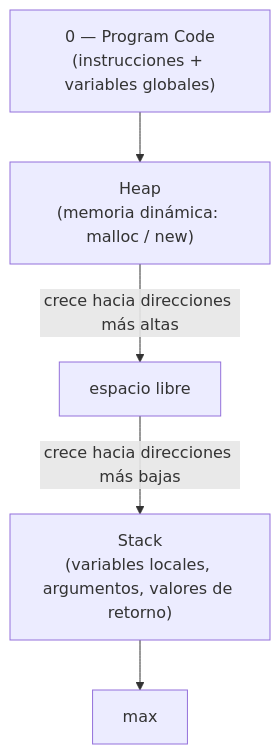
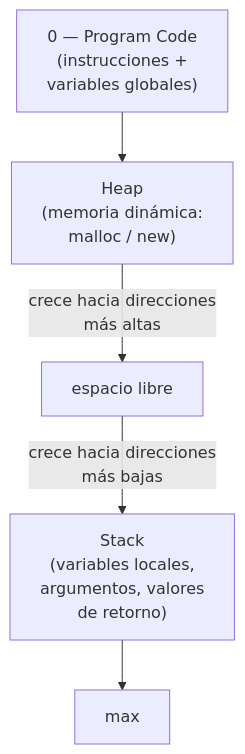
One commit to udea-so/apuntes_2026-2_SO-virtual changed the second of 2 diagrams in clase_07/apuntes_zoom/README.md. Above: the diagram before and after it, drawn with Mermaid. The commit also changed other lines of this file and 7 other files, not shown here.

Commit message:
Corrige el texto recortado en los diagramas Mermaid de los apuntes_zoom de las clases 3 a 11

````diff
--- a/clase_07/apuntes_zoom/README.md
+++ b/clase_07/apuntes_zoom/README.md
@@ -150,12 +151,13 @@
 ```mermaid
+%%{init: {"themeVariables": {"fontFamily": "Arial, Helvetica, sans-serif"}}}%%
 flowchart TD
-    A["0 — Program Code<br/>(instrucciones + variables globales)"]
-    B["Heap<br/>(memoria dinámica: malloc / new)"]
+    A["0 — Program Code<br/>(instrucciones +<br/>variables globales)"]
+    B["Heap<br/>(memoria dinámica:<br/>malloc / new)"]
     C["espacio libre"]
-    D["Stack<br/>(variables locales, argumentos, valores de retorno)"]
+    D["Stack<br/>(variables locales,<br/>argumentos, valores<br/>de retorno)"]
     E["max"]
     A --> B
-    B -- "crece hacia direcciones más altas" --> C
-    C -- "crece hacia direcciones más bajas" --> D
+    B -- "crece hacia direcciones<br/>más altas" --> C
+    C -- "crece hacia direcciones<br/>más bajas" --> D
     D --> E
 ```
````
